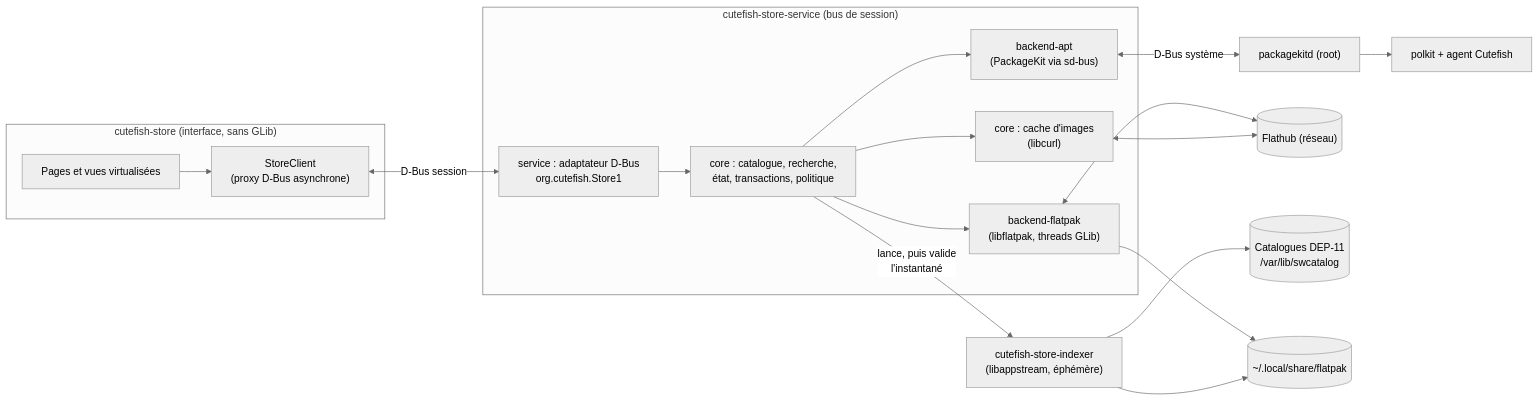
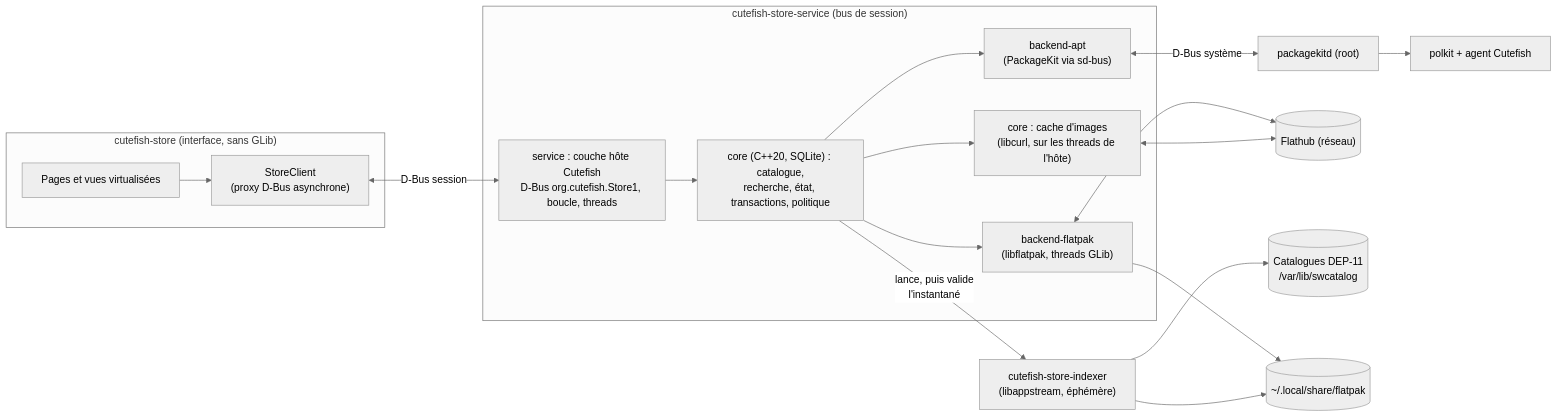
One commit to SachaGrdc/cutefish-store changed the first of 5 diagrams in docs/ARCHITECTURE.md. Above: the diagram before and after it, drawn with Mermaid (neutral theme). The commit also changed other lines of this file and 1 other file, not shown here.

First line of the commit message:
docs: make the core independent of Cutefish (P-006)

````diff
--- a/docs/ARCHITECTURE.md
+++ b/docs/ARCHITECTURE.md
@@ -149,39 +189,39 @@
 ```mermaid
 flowchart LR
     subgraph UI["cutefish-store (interface, sans GLib)"]
         Pages["Pages et vues virtualisées"]
         Client["StoreClient<br/>(proxy D-Bus asynchrone)"]
         Pages --> Client
     end
 
     subgraph SVC["cutefish-store-service (bus de session)"]
-        Api["service : adaptateur D-Bus<br/>org.cutefish.Store1"]
-        Core["core : catalogue, recherche,<br/>état, transactions, politique"]
-        Img["core : cache d'images<br/>(libcurl)"]
+        Api["service : couche hôte Cutefish<br/>D-Bus org.cutefish.Store1, boucle, threads"]
+        Core["core (C++20, SQLite) : catalogue,<br/>recherche, état, transactions, politique"]
+        Img["core : cache d'images<br/>(libcurl, sur les threads de l'hôte)"]
         Apt["backend-apt<br/>(PackageKit via sd-bus)"]
         Fp["backend-flatpak<br/>(libflatpak, threads GLib)"]
         Api --> Core
         Core --> Img
         Core --> Apt
         Core --> Fp
     end
 
     IDX["cutefish-store-indexer<br/>(libappstream, éphémère)"]
 
     Client <-- "D-Bus session" --> Api
     Core -- "lance, puis valide<br/>l'instantané" --> IDX
 
     PK["packagekitd (root)"]
     POL["polkit + agent Cutefish"]
     FH[("Flathub (réseau)")]
     DEB[("Catalogues DEP-11<br/>/var/lib/swcatalog")]
     FPS[("~/.local/share/flatpak")]
 
     Apt <-- "D-Bus système" --> PK
     PK --> POL
     Fp --> FPS
     Fp <--> FH
     IDX --> DEB
     IDX --> FPS
     Img <--> FH
 ```
````
